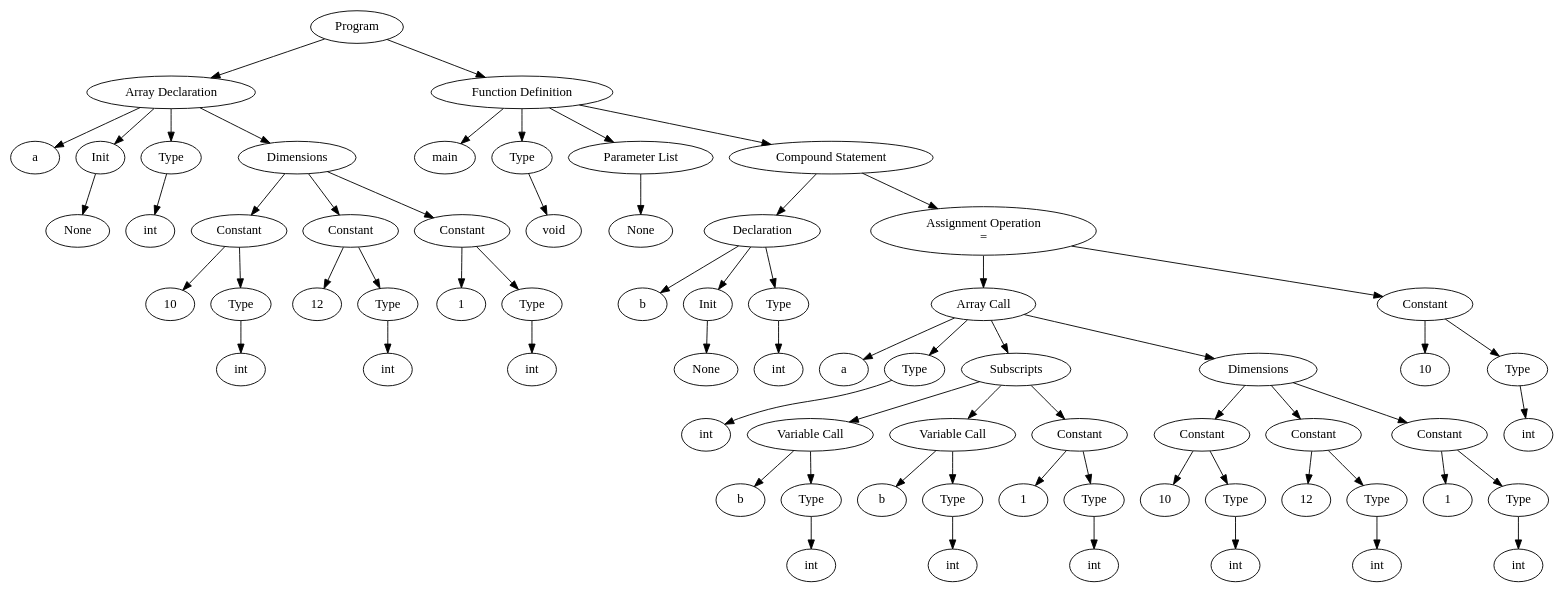
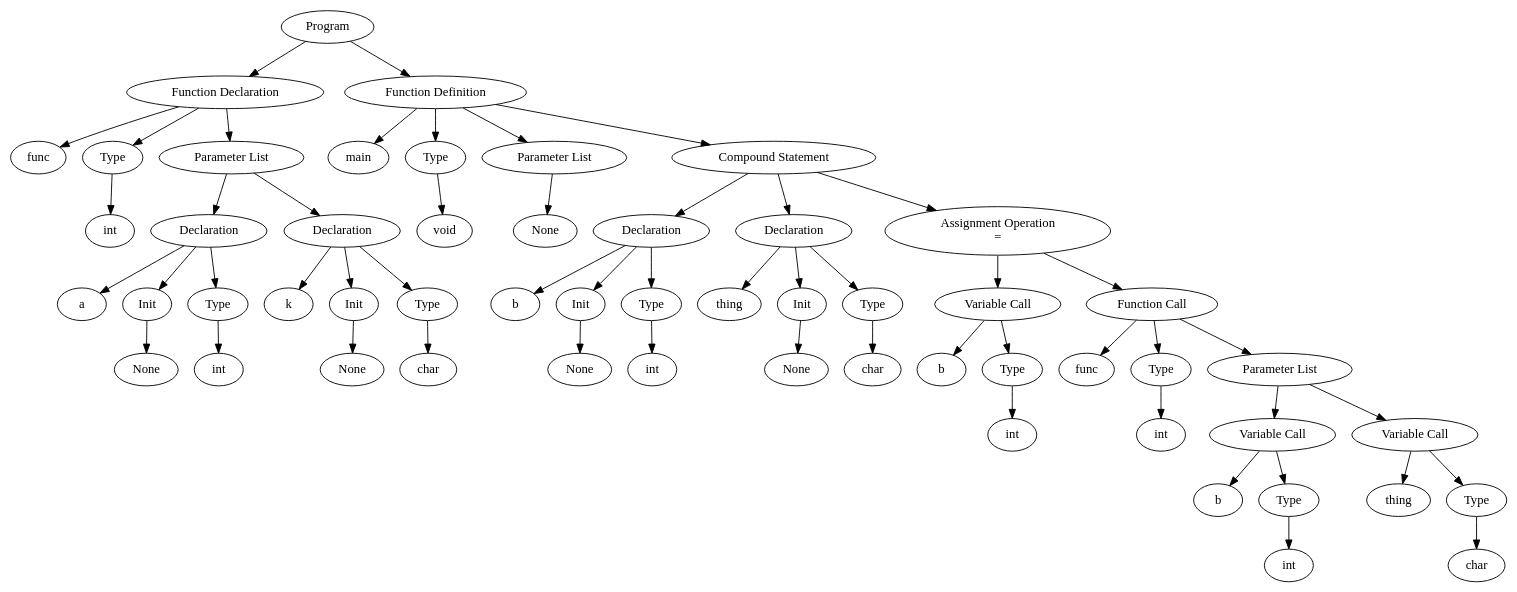
One commit to ChaseCarthen/CS660-Compiler-Construction changed the diagram in graph.dot. Above: the diagram before and after it, drawn with Graphviz. The commit also changed 6 other files, not shown here.

Commit message:
Have functions being called, and parameter type checking happens

```diff
--- a/graph.dot
+++ b/graph.dot
@@ -1,39 +1,32 @@
 digraph parse_tree {
-{gv100000[label="Program"]}->{gv100005[label="Array Declaration"]}{gv100005[label="Array Declaration"]}->{gv100006[label="a"] gv100001[label="Init"] gv100002[label="Type"] gv100004[label="Dimensions"]};
-{gv100001[label="Init"]}->{gv100007[label="None"]};
-{gv100002[label="Type"]}->{gv100003[label="int"]};
-{gv100008[label="Constant"]}->{gv100009[label="10"]};
-{gv100008[label="Constant"]}->{gv100010[label="Type"]}{gv100010[label="Type"]}->{gv100011[label="int"]};
-{gv100012[label="Constant"]}->{gv100013[label="12"]};
-{gv100012[label="Constant"]}->{gv100014[label="Type"]}{gv100014[label="Type"]}->{gv100015[label="int"]};
-{gv100016[label="Constant"]}->{gv100017[label="1"]};
-{gv100016[label="Constant"]}->{gv100018[label="Type"]}{gv100018[label="Type"]}->{gv100019[label="int"]};
-{gv100004[label="Dimensions"]}->{gv100008[label="Constant"] gv100012[label="Constant"] gv100016[label="Constant"] };
-{gv100000[label="Program"]}->{gv100066[label="Function Definition"]}{gv100066[label="Function Definition"]}->{gv100067[label="main"] gv100020[label="Type"] gv100022[label="Parameter List"] gv100024[label="Compound Statement"]};
-{gv100020[label="Type"]}->{gv100021[label="void"]};
-{gv100022[label="Parameter List"]}->{gv100023[label="None"]};
-{gv100024[label="Compound Statement"]}->{{gv100026[label="Declaration"]} gv100031[label="Assignment Operation
+{gv100000[label="Program"]}->{gv100016[label="Function Declaration"]}{gv100016[label="Function Declaration"]}->{gv100017[label="func"] gv100001[label="Type"] gv100003[label="Parameter List"]};
+{gv100001[label="Type"]}->{gv100002[label="int"]};
+{gv100003[label="Parameter List"]}->{{gv100005[label="Declaration"]}{gv100011[label="Declaration"]}};
+{gv100005[label="Declaration"]}->{gv100008[label="a"] gv100004[label="Init"] gv100006[label="Type"]};
+{gv100004[label="Init"]}->{gv100009[label="None"]};
+{gv100006[label="Type"]}->{gv100007[label="int"]};
+{gv100011[label="Declaration"]}->{gv100014[label="k"] gv100010[label="Init"] gv100012[label="Type"]};
+{gv100010[label="Init"]}->{gv100015[label="None"]};
+{gv100012[label="Type"]}->{gv100013[label="char"]};
+{gv100000[label="Program"]}->{gv100053[label="Function Definition"]}{gv100053[label="Function Definition"]}->{gv100054[label="main"] gv100018[label="Type"] gv100020[label="Parameter List"] gv100022[label="Compound Statement"]};
+{gv100018[label="Type"]}->{gv100019[label="void"]};
+{gv100020[label="Parameter List"]}->{gv100021[label="None"]};
+{gv100022[label="Compound Statement"]}->{{gv100024[label="Declaration"]} {gv100030[label="Declaration"]} gv100035[label="Assignment Operation
 ="]};
-{gv100026[label="Declaration"]}->{gv100029[label="b"] gv100025[label="Init"] gv100027[label="Type"]};
-{gv100025[label="Init"]}->{gv100030[label="None"]};
-{gv100027[label="Type"]}->{gv100028[label="int"]};
-{gv100031[label="Assignment Operation
-="]}->{gv100032[label="Array Call"] gv100062[label="Constant"]}{gv100032[label="Array Call"]}->{gv100035[label="a"] gv100036[label="Type"] gv100034[label="Subscripts"] gv100033[label="Dimensions"]};
-{gv100036[label="Type"]}->{gv100037[label="int"]};
-{gv100038[label="Constant"]}->{gv100039[label="10"]};
-{gv100038[label="Constant"]}->{gv100040[label="Type"]}{gv100040[label="Type"]}->{gv100041[label="int"]};
-{gv100042[label="Constant"]}->{gv100043[label="12"]};
-{gv100042[label="Constant"]}->{gv100044[label="Type"]}{gv100044[label="Type"]}->{gv100045[label="int"]};
-{gv100046[label="Constant"]}->{gv100047[label="1"]};
-{gv100046[label="Constant"]}->{gv100048[label="Type"]}{gv100048[label="Type"]}->{gv100049[label="int"]};
-{gv100033[label="Dimensions"]}->{gv100038[label="Constant"] gv100042[label="Constant"] gv100046[label="Constant"] };
-{gv100050[label="Variable Call"]}->{gv100051[label="b"] gv100052[label="Type"]};
-{gv100052[label="Type"]}->{gv100053[label="int"]};
-{gv100054[label="Variable Call"]}->{gv100055[label="b"] gv100056[label="Type"]};
-{gv100056[label="Type"]}->{gv100057[label="int"]};
-{gv100058[label="Constant"]}->{gv100059[label="1"]};
-{gv100058[label="Constant"]}->{gv100060[label="Type"]}{gv100060[label="Type"]}->{gv100061[label="int"]};
-{gv100034[label="Subscripts"]}->{gv100050[label="Variable Call"] gv100054[label="Variable Call"] gv100058[label="Constant"] };
-{gv100062[label="Constant"]}->{gv100063[label="10"]};
-{gv100062[label="Constant"]}->{gv100064[label="Type"]}{gv100064[label="Type"]}->{gv100065[label="int"]};
+{gv100024[label="Declaration"]}->{gv100027[label="b"] gv100023[label="Init"] gv100025[label="Type"]};
+{gv100023[label="Init"]}->{gv100028[label="None"]};
+{gv100025[label="Type"]}->{gv100026[label="int"]};
+{gv100030[label="Declaration"]}->{gv100033[label="thing"] gv100029[label="Init"] gv100031[label="Type"]};
+{gv100029[label="Init"]}->{gv100034[label="None"]};
+{gv100031[label="Type"]}->{gv100032[label="char"]};
+{gv100035[label="Assignment Operation
+="]}->{gv100036[label="Variable Call"] gv100051[label="Function Call"]}{gv100036[label="Variable Call"]}->{gv100037[label="b"] gv100038[label="Type"]};
+{gv100038[label="Type"]}->{gv100039[label="int"]};
+{gv100051[label="Function Call"]}->{gv100052[label="func"] gv100040[label="Type"] gv100042[label="Parameter List"]};
+{gv100040[label="Type"]}->{gv100041[label="int"]};
+{gv100042[label="Parameter List"]}->{gv100043[label="Variable Call"]gv100047[label="Variable Call"]};
+{gv100043[label="Variable Call"]}->{gv100044[label="b"] gv100045[label="Type"]};
+{gv100045[label="Type"]}->{gv100046[label="int"]};
+{gv100047[label="Variable Call"]}->{gv100048[label="thing"] gv100049[label="Type"]};
+{gv100049[label="Type"]}->{gv100050[label="char"]};
 }
```
